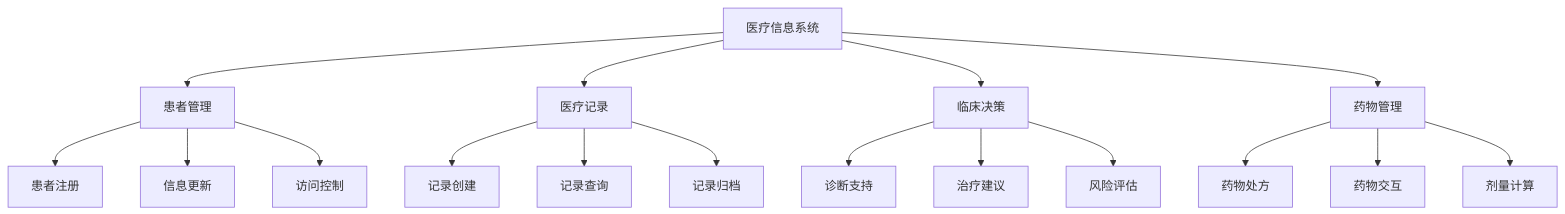
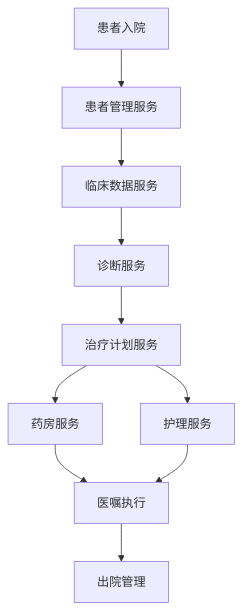
One commit to AdaMartin18010/common changed the diagram in docs/refactor/05-Industry-Domains/09-Healthcare/01-Medical-Information-System/README.md. Above: the diagram before and after it, drawn with Mermaid. The commit also changed other lines of this file and 2 other files, not shown here.

````diff
--- a/docs/refactor/05-Industry-Domains/09-Healthcare/01-Medical-Information-System/README.md
+++ b/docs/refactor/05-Industry-Domains/09-Healthcare/01-Medical-Information-System/README.md
@@ -90,23 +66,12 @@
 ```mermaid
 graph TB
-    A[医疗信息系统] --> B[患者管理]
-    A --> C[医疗记录]
-    A --> D[临床决策]
-    A --> E[药物管理]
-    
-    B --> F[患者注册]
-    B --> G[信息更新]
-    B --> H[访问控制]
-    
-    C --> I[记录创建]
-    C --> J[记录查询]
-    C --> K[记录归档]
-    
-    D --> L[诊断支持]
-    D --> M[治疗建议]
-    D --> N[风险评估]
-    
-    E --> O[药物处方]
-    E --> P[药物交互]
-    E --> Q[剂量计算]
+    A[患者入院] --> B[患者管理服务]
+    B --> C[临床数据服务]
+    C --> D[诊断服务]
+    D --> E[治疗计划服务]
+    E --> F[药房服务]
+    E --> G[护理服务]
+    F --> H[医嘱执行]
+    G --> H
+    H --> I[出院管理]
 ```
````
